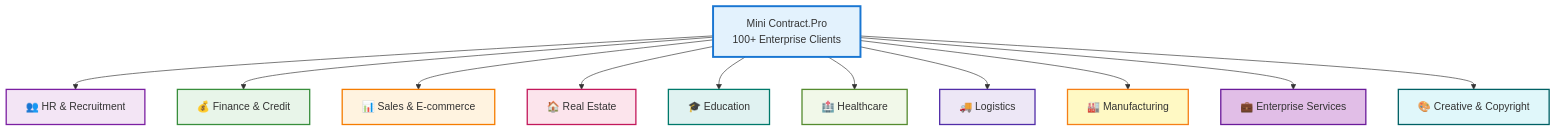
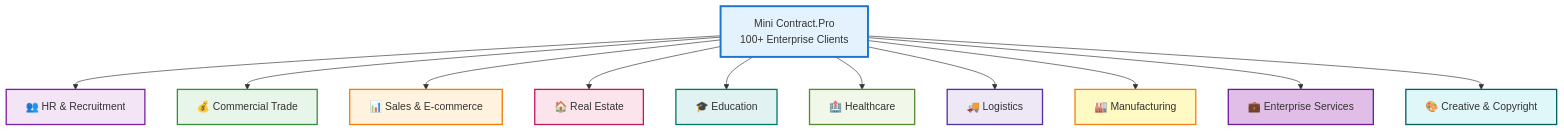
One commit to freeleepm/mini-contract changed the first of 11 diagrams in README.en.md. Above: the diagram before and after it, drawn with Mermaid. The commit also changed other lines of this file and 5 other files, not shown here.

````diff
--- a/README.en.md
+++ b/README.en.md
@@ -344,25 +347,25 @@
 ```mermaid
 graph TD
     A["Mini Contract.Pro<br/>100+ Enterprise Clients"] --> B["👥 HR & Recruitment"]
-    A --> C["💰 Finance & Credit"]
+    A --> C["💰 Commercial Trade"]
     A --> D["📊 Sales & E-commerce"]
     A --> E["🏠 Real Estate"]
     A --> F["🎓 Education"]
     A --> G["🏥 Healthcare"]
     A --> H["🚚 Logistics"]
     A --> I["🏭 Manufacturing"]
     A --> J["💼 Enterprise Services"]
     A --> K["🎨 Creative & Copyright"]
     
     style A fill:#e3f2fd,stroke:#1976d2,stroke-width:3px
     style B fill:#f3e5f5,stroke:#7b1fa2,stroke-width:2px
     style C fill:#e8f5e9,stroke:#388e3c,stroke-width:2px
     style D fill:#fff3e0,stroke:#f57c00,stroke-width:2px
     style E fill:#fce4ec,stroke:#c2185b,stroke-width:2px
     style F fill:#e0f2f1,stroke:#00796b,stroke-width:2px
     style G fill:#f1f8e9,stroke:#558b2f,stroke-width:2px
     style H fill:#ede7f6,stroke:#512da8,stroke-width:2px
     style I fill:#fff9c4,stroke:#f57f17,stroke-width:2px
     style J fill:#e1bee7,stroke:#6a1b9a,stroke-width:2px
     style K fill:#e0f7fa,stroke:#006064,stroke-width:2px
 ```
````
